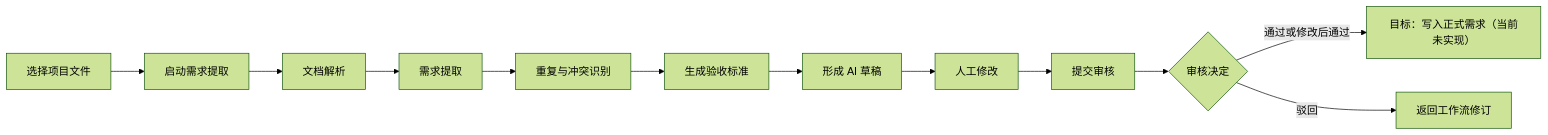
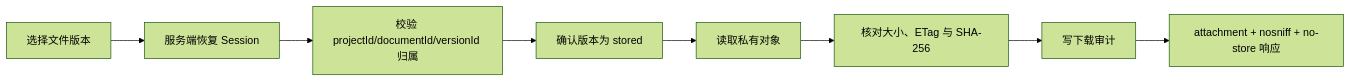
The second of 4 diagrams in docs/USER_FLOWS.md (27ruien/ProjectAI), drawn with Mermaid (forest theme) before and after one commit. The commit also changed other lines of this file and 80 other files, not shown here.

````diff
--- a/docs/USER_FLOWS.md
+++ b/docs/USER_FLOWS.md
@@ -26,14 +27,10 @@
 ```mermaid
 flowchart LR
-  A["选择项目文件"] --> B["启动需求提取"]
-  B --> C["文档解析"]
-  C --> D["需求提取"]
-  D --> E["重复与冲突识别"]
-  E --> F["生成验收标准"]
-  F --> G["形成 AI 草稿"]
-  G --> H["人工修改"]
-  H --> I["提交审核"]
-  I --> J{"审核决定"}
-  J -->|通过或修改后通过| K["目标：写入正式需求（当前未实现）"]
-  J -->|驳回| L["返回工作流修订"]
+  A["选择文件版本"] --> B["服务端恢复 Session"]
+  B --> C["校验 projectId/documentId/versionId 归属"]
+  C --> D["确认版本为 stored"]
+  D --> E["读取私有对象"]
+  E --> F["核对大小、ETag 与 SHA-256"]
+  F --> G["写下载审计"]
+  G --> H["attachment + nosniff + no-store 响应"]
 ```
````
